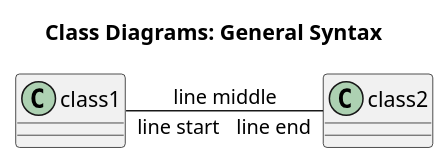
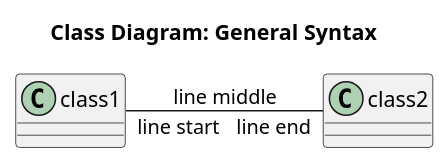
Before and after one commit to chraxo/UmlMarkdownCheatSheet: the sixth of 25 diagrams in uml_markdown_summary.md, drawn with PlantUML. The commit also changed other lines of this file, not shown here.

```diff
--- a/uml_markdown_summary.md
+++ b/uml_markdown_summary.md
@@ -119,7 +165,7 @@
 @startuml
-title Class Diagrams: General Syntax
+title Class Diagram: General Syntax
 left to right direction
 
 class "class2" as c2
 class1 "line start" -- "line end" c2 : line middle
 @enduml
```
